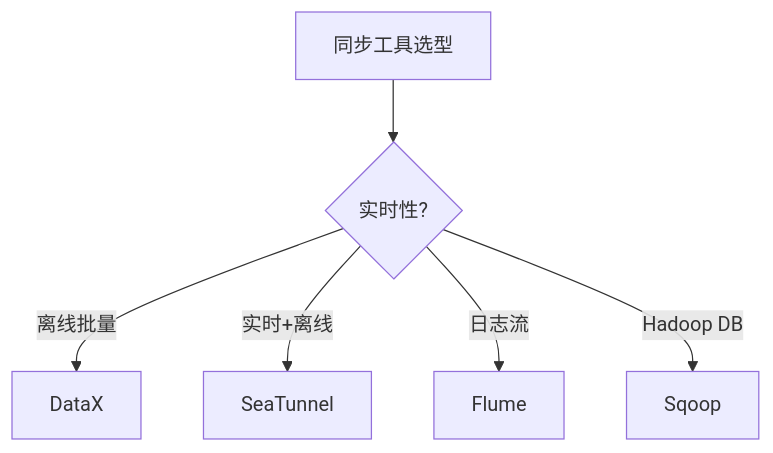
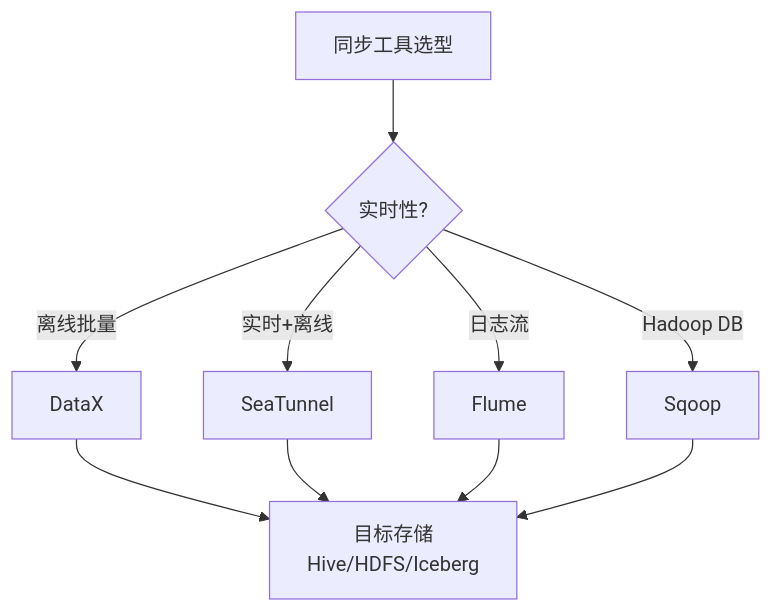
The diagram in note/10.big-data/08-sync-tools/README.md (wb04307201/wb04307201), drawn with Mermaid before and after one commit. The commit also changed other lines of this file and 10 other files, not shown here.

````diff
--- a/note/10.big-data/08-sync-tools/README.md
+++ b/note/10.big-data/08-sync-tools/README.md
@@ -43,8 +39,12 @@
 ```mermaid
 flowchart TD
     A[同步工具选型] --> B{实时性?}
     B -->|离线批量| C[DataX]
     B -->|实时+离线| D[SeaTunnel]
     B -->|日志流| E[Flume]
     B -->|Hadoop DB| F[Sqoop]
+    C --> G[目标存储<br/>Hive/HDFS/Iceberg]
+    D --> G
+    E --> G
+    F --> G
 ```
````
